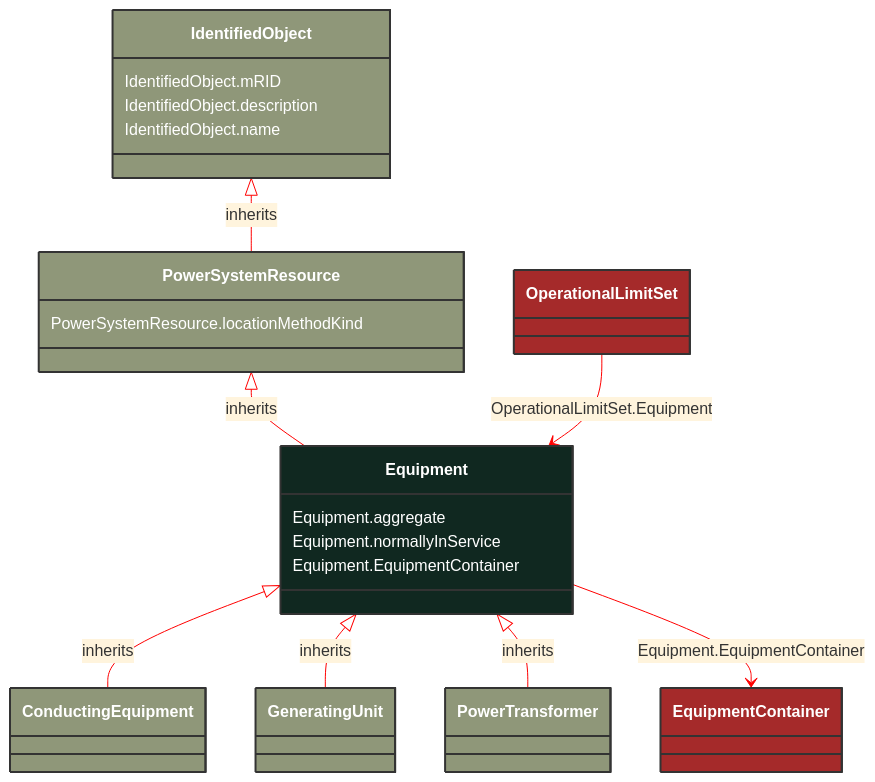
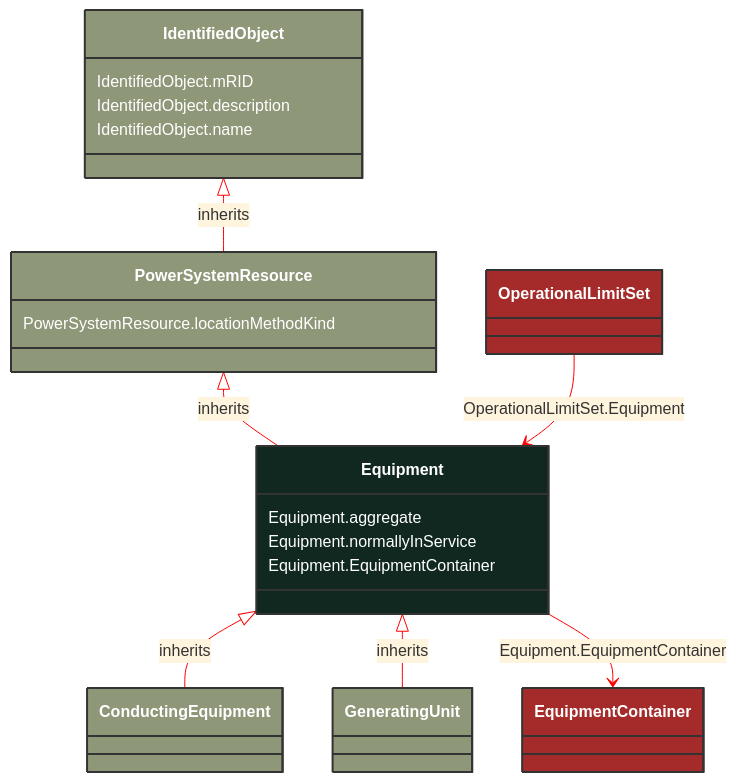
Before and after one commit to 3lbits/NoCIMExtensions: the diagram in docs/Models/Profiles/Telemark-120Equipment/AbstractClasses/Equipment.md, drawn with Mermaid. The commit also changed 248 other files, not shown here.

````diff
--- a/docs/Models/Profiles/Telemark-120Equipment/AbstractClasses/Equipment.md
+++ b/docs/Models/Profiles/Telemark-120Equipment/AbstractClasses/Equipment.md
@@ -10,54 +10,48 @@
 ```mermaid
 %%{init: {'theme':'base','themeVariables': {'lineColor': '#FF0000'}}}%%
 classDiagram
     class Equipment
     click Equipment href "/Models/Profiles/Telemark-120Equipment/AbstractClasses/Equipment/"
     style Equipment fill:#102820,stroke:#333,stroke-width:2px,rx:10,ry:10,color:white
 
         Equipment <|-- ConductingEquipment : inherits
 
         ConductingEquipment
             click ConductingEquipment href "/Models/Profiles/Telemark-120Equipment/AbstractClasses/ConductingEquipment/"
             style ConductingEquipment fill:#8F9779,stroke:#333,stroke-width:2px,rx:10,ry:10,color:white
 
         Equipment <|-- GeneratingUnit : inherits
 
         GeneratingUnit
             click GeneratingUnit href "/Models/Profiles/Telemark-120Equipment/ConcreteClasses/GeneratingUnit/"
             style GeneratingUnit fill:#8F9779,stroke:#333,stroke-width:2px,rx:10,ry:10,color:white
-
-        Equipment <|-- PowerTransformer : inherits
-
-        PowerTransformer
-            click PowerTransformer href "/Models/Profiles/Telemark-120Equipment/ConcreteClasses/PowerTransformer/"
-            style PowerTransformer fill:#8F9779,stroke:#333,stroke-width:2px,rx:10,ry:10,color:white
      
         PowerSystemResource <|-- Equipment : inherits
             click PowerSystemResource href "/Models/Profiles/Telemark-120Equipment/AbstractClasses/PowerSystemResource/"
             style PowerSystemResource fill:#8F9779,stroke:#333,stroke-width:2px,rx:10,ry:10,color:white
      
         IdentifiedObject <|-- PowerSystemResource : inherits
             click IdentifiedObject href "/Models/Profiles/Telemark-120Equipment/AbstractClasses/IdentifiedObject/"
             style IdentifiedObject fill:#8F9779,stroke:#333,stroke-width:2px,rx:10,ry:10,color:white
 
         Equipment --> EquipmentContainer : Equipment.EquipmentContainer
 
         EquipmentContainer
-            click EquipmentContainer href "/Models/Profiles/Telemark-120Equipment/ConcreteClasses/EquipmentContainer/"
+            click EquipmentContainer href "/Models/Profiles/Telemark-120Equipment/AbstractClasses/EquipmentContainer/"
             style EquipmentContainer fill:#A52A2A,stroke:#333,stroke-width:2px,rx:10,ry:10,color:white
 
         OperationalLimitSet --> Equipment : OperationalLimitSet.Equipment
 
         OperationalLimitSet
             click OperationalLimitSet href "/Models/Profiles/Telemark-120Equipment/ConcreteClasses/OperationalLimitSet/"
             style OperationalLimitSet fill:#A52A2A,stroke:#333,stroke-width:2px,rx:10,ry:10,color:white
 
 
         Equipment : Equipment.aggregate
         Equipment : Equipment.normallyInService
         Equipment : Equipment.EquipmentContainer
         PowerSystemResource : PowerSystemResource.locationMethodKind
         IdentifiedObject : IdentifiedObject.mRID
         IdentifiedObject : IdentifiedObject.description
         IdentifiedObject : IdentifiedObject.name
 ```
````
